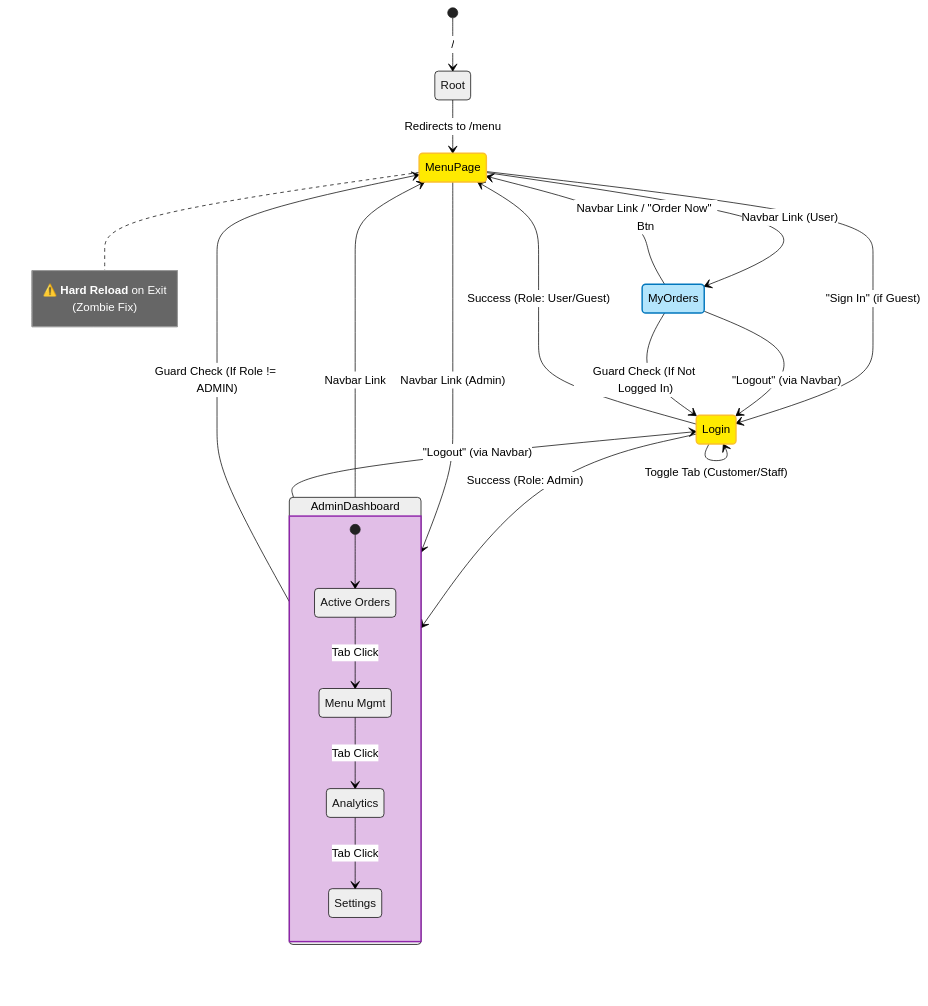
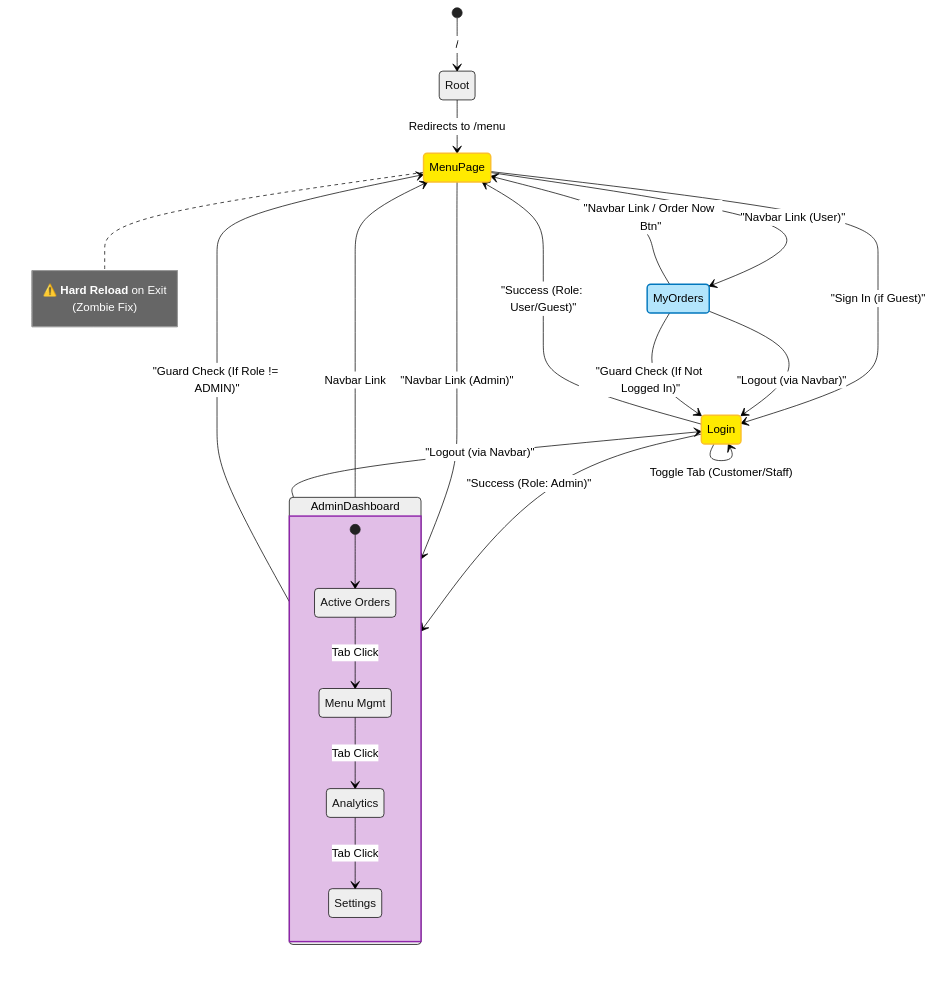
One commit to itshard2name-gmail/mini-restaurant-app changed the diagram in docs/FRONTEND_FLOW.md. Above: the diagram before and after it, drawn with Mermaid (neutral theme).

Commit message:
docs: fix mermaid syntax in frontend flow diagram

````diff
--- a/docs/FRONTEND_FLOW.md
+++ b/docs/FRONTEND_FLOW.md
@@ -15,58 +15,59 @@
 ```mermaid
 stateDiagram-v2
     classDef shared fill:#ffea00,color:#000,stroke:#fbc02d,stroke-width:2px;
     classDef admin fill:#e1bee7,color:#000,stroke:#8e24aa,stroke-width:2px;
     classDef user fill:#b3e5fc,color:#000,stroke:#0277bd,stroke-width:2px;
 
     [*] --> Root: /
     Root --> MenuPage: Redirects to /menu
 
     state Login: Login Page (/login)
     state MenuPage: Menu Page (/menu)
     state MyOrders: My Orders (/my-orders)
     state AdminDashboard: Admin Dashboard (/admin)
 
     %% --- Login Flow ---
+    %% --- Login Flow ---
     Login --> Login: Toggle Tab (Customer/Staff)
-    Login --> MenuPage: Success (Role: User/Guest)
-    Login --> AdminDashboard: Success (Role: Admin)
+    Login --> MenuPage: "Success (Role: User/Guest)"
+    Login --> AdminDashboard: "Success (Role: Admin)"
 
     %% --- Navigation Bar (Global) ---
-    MenuPage --> Login: "Sign In" (if Guest)
-    MenuPage --> MyOrders: Navbar Link (User)
-    MenuPage --> AdminDashboard: Navbar Link (Admin)
+    MenuPage --> Login: "Sign In (if Guest)"
+    MenuPage --> MyOrders: "Navbar Link (User)"
+    MenuPage --> AdminDashboard: "Navbar Link (Admin)"
     
-    MyOrders --> MenuPage: Navbar Link / "Order Now" Btn
-    MyOrders --> Login: "Logout" (via Navbar)
+    MyOrders --> MenuPage: "Navbar Link / Order Now Btn"
+    MyOrders --> Login: "Logout (via Navbar)"
 
     AdminDashboard --> MenuPage: Navbar Link
-    AdminDashboard --> Login: "Logout" (via Navbar)
+    AdminDashboard --> Login: "Logout (via Navbar)"
 
     %% --- Internal States: Admin Dashboard ---
     state AdminDashboard {
         [*] --> OrdersTab
         state "Active Orders" as OrdersTab
         state "Menu Mgmt" as MenuTab
         state "Analytics" as AnalyticsTab
         state "Settings" as SettingsTab
 
         OrdersTab --> MenuTab: Tab Click
         MenuTab --> AnalyticsTab: Tab Click
         AnalyticsTab --> SettingsTab: Tab Click
     }
 
     %% --- Edge Cases / Guards ---
-    AdminDashboard --> MenuPage: Guard Check (If Role != ADMIN)
-    MyOrders --> Login: Guard Check (If Not Logged In)
+    AdminDashboard --> MenuPage: "Guard Check (If Role != ADMIN)"
+    MyOrders --> Login: "Guard Check (If Not Logged In)"
     
     %% --- Sub-App Specifics ---
     note right of MenuPage
         ⚠️ **Hard Reload** on Exit
         (Zombie Fix)
     end note
 
     class Login shared
     class MenuPage shared
     class AdminDashboard admin
     class MyOrders user
 ```
````
